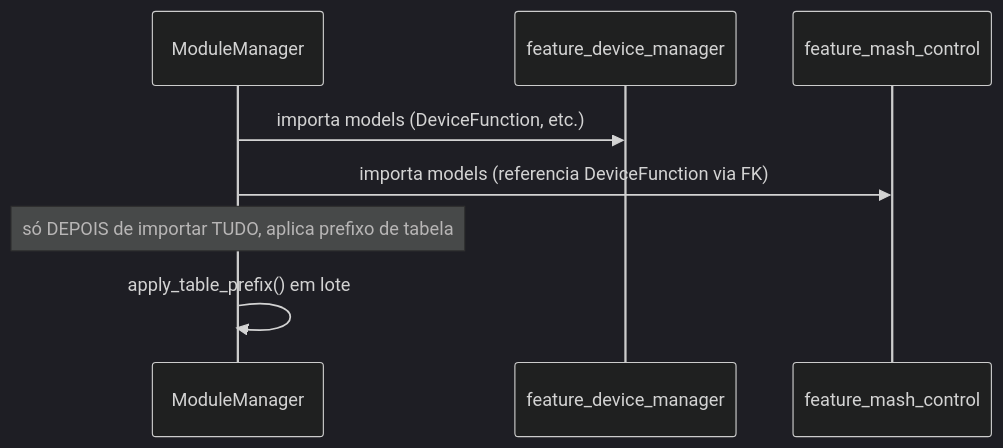
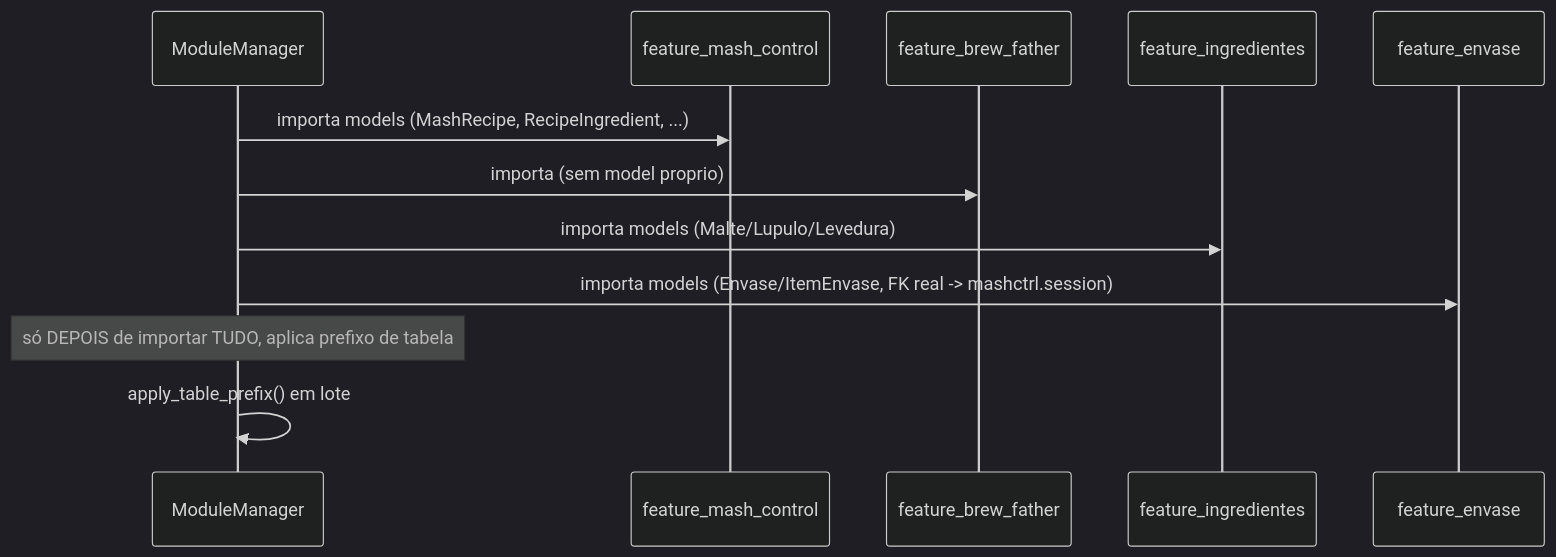
The diagram in addons/addon_brewstation/docs/technical/03-fluxos.md (ChristopherNicolasSMM/Tesseract), drawn with Mermaid (dark theme) before and after one commit. The commit also changed other lines of this file and 35 other files, not shown here.

````diff
--- a/addons/addon_brewstation/docs/technical/03-fluxos.md
+++ b/addons/addon_brewstation/docs/technical/03-fluxos.md
@@ -5,11 +5,15 @@
 ```mermaid
 sequenceDiagram
     participant MM as ModuleManager
-    participant DM as feature_device_manager
     participant MC as feature_mash_control
+    participant BF as feature_brew_father
+    participant ING as feature_ingredientes
+    participant ENV as feature_envase
 
-    MM->>DM: importa models (DeviceFunction, etc.)
-    MM->>MC: importa models (referencia DeviceFunction via FK)
+    MM->>MC: importa models (MashRecipe, RecipeIngredient, ...)
+    MM->>BF: importa (sem model proprio)
+    MM->>ING: importa models (Malte/Lupulo/Levedura)
+    MM->>ENV: importa models (Envase/ItemEnvase, FK real -> mashctrl.session)
     Note over MM: só DEPOIS de importar TUDO, aplica prefixo de tabela
     MM->>MM: apply_table_prefix() em lote
 ```
````
